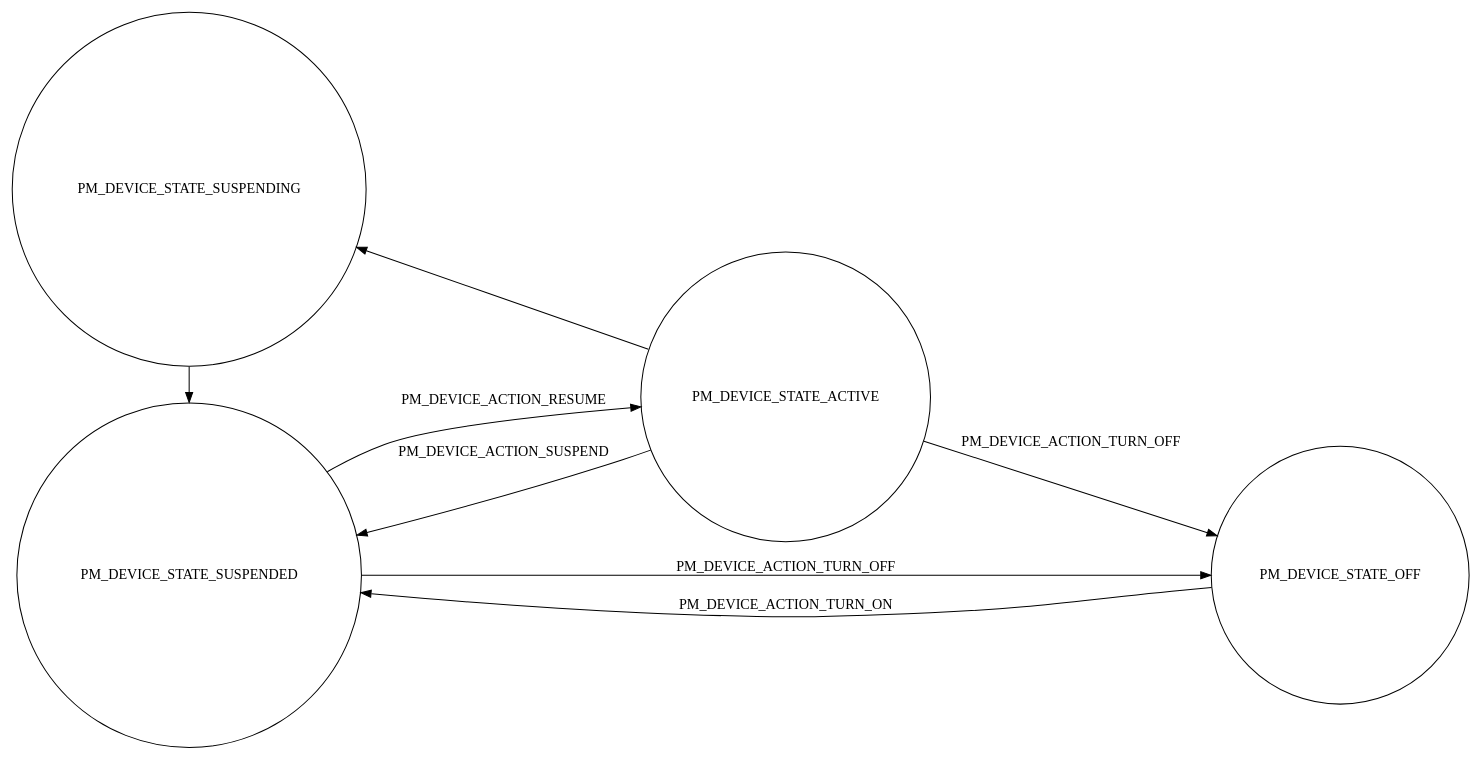
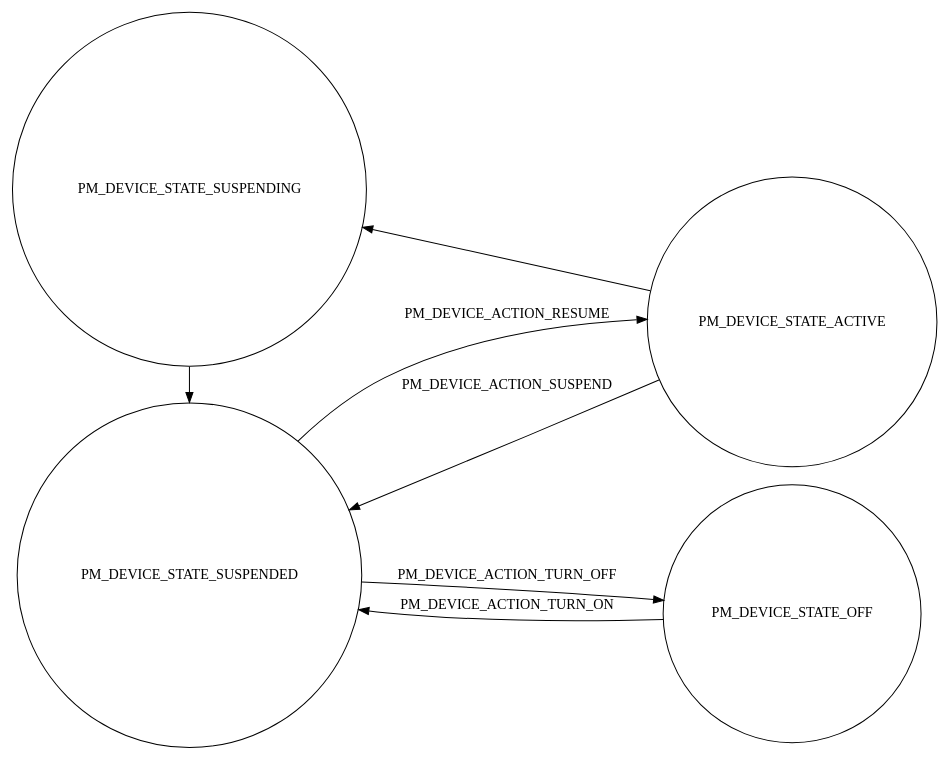
Before and after one commit to Ameba-AIoT/zephyr: the diagram in doc/services/pm/device.rst, drawn with Graphviz. The commit also changed 15219 other files, not shown here.

```diff
--- a/doc/services/pm/device.rst
+++ b/doc/services/pm/device.rst
@@ -164,25 +164,24 @@
 .. graphviz::
    :caption: Device actions x states
 
     digraph {
         node [shape=circle];
         rankdir=LR;
         subgraph {
 
             SUSPENDED [label=PM_DEVICE_STATE_SUSPENDED];
             SUSPENDING [label=PM_DEVICE_STATE_SUSPENDING];
             ACTIVE [label=PM_DEVICE_STATE_ACTIVE];
             OFF [label=PM_DEVICE_STATE_OFF];
 
 
             ACTIVE -> SUSPENDING -> SUSPENDED;
             ACTIVE -> SUSPENDED ["label"="PM_DEVICE_ACTION_SUSPEND"];
             SUSPENDED -> ACTIVE ["label"="PM_DEVICE_ACTION_RESUME"];
 
             {rank = same; SUSPENDED; SUSPENDING;}
 
             OFF -> SUSPENDED ["label"="PM_DEVICE_ACTION_TURN_ON"];
             SUSPENDED -> OFF ["label"="PM_DEVICE_ACTION_TURN_OFF"];
-            ACTIVE -> OFF ["label"="PM_DEVICE_ACTION_TURN_OFF"];
         }
     }
```
